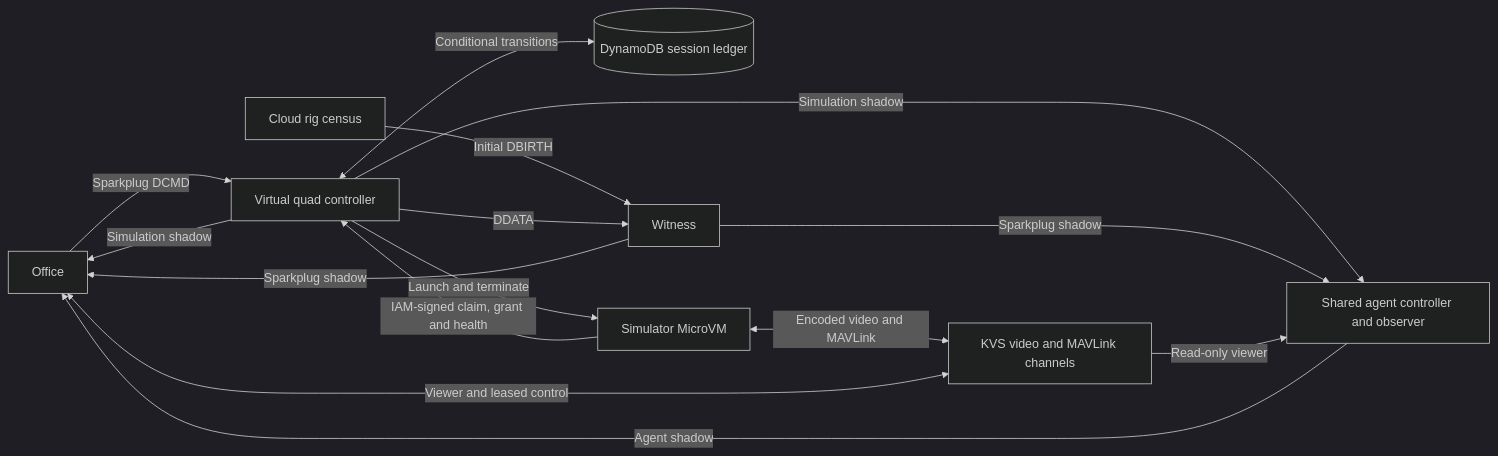
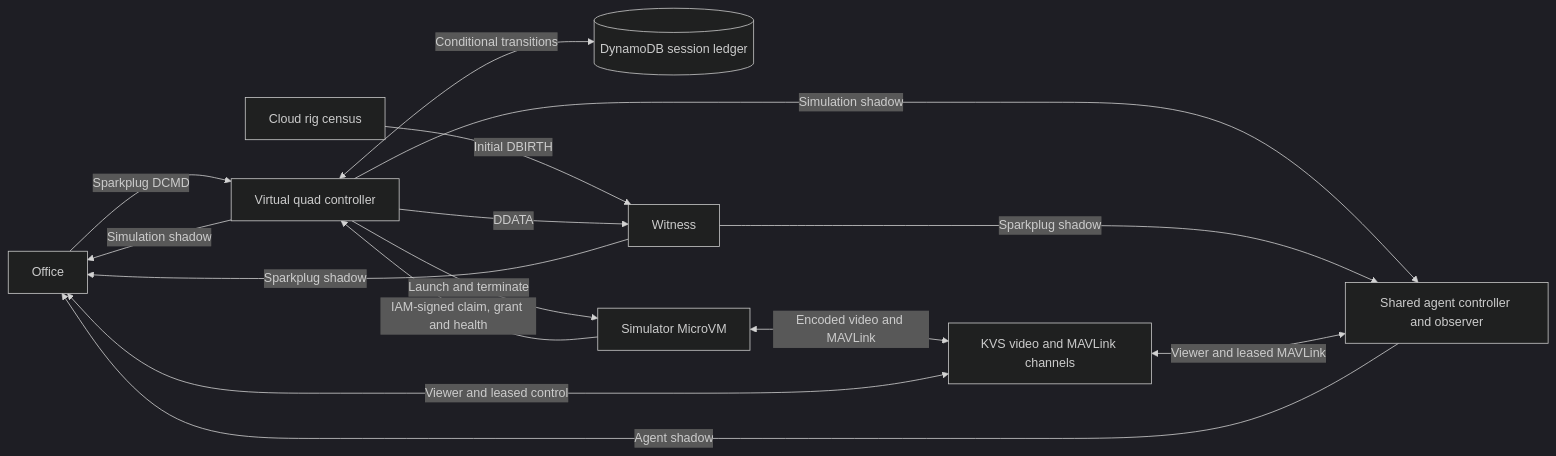
Before and after one commit to mparkachov/txing: the diagram in docs/virtual-quadcopter-architecture.md, drawn with Mermaid (dark theme). The commit also changed other lines of this file and 31 other files, not shown here.

````diff
--- a/docs/virtual-quadcopter-architecture.md
+++ b/docs/virtual-quadcopter-architecture.md
@@ -43,25 +44,25 @@
 ```mermaid
 flowchart LR
     O[Office]
     G[Cloud rig census]
     C[Virtual quad controller]
     L[(DynamoDB session ledger)]
     W[Witness]
     R[Simulator MicroVM]
     K[KVS video and MAVLink channels]
     A[Shared agent controller and observer]
     G -->|Initial DBIRTH| W
     O -->|Sparkplug DCMD| C
     C <-->|Conditional transitions| L
     C -->|Launch and terminate| R
     R -->|IAM-signed claim, grant and health| C
     C -->|DDATA| W
     C -->|Simulation shadow| O
     W -->|Sparkplug shadow| O
     C -->|Simulation shadow| A
     W -->|Sparkplug shadow| A
     R <-->|Encoded video and MAVLink| K
     O <-->|Viewer and leased control| K
-    K -->|Read-only viewer| A
+    K <-->|Viewer and leased MAVLink| A
     A -->|Agent shadow| O
 ```
````
